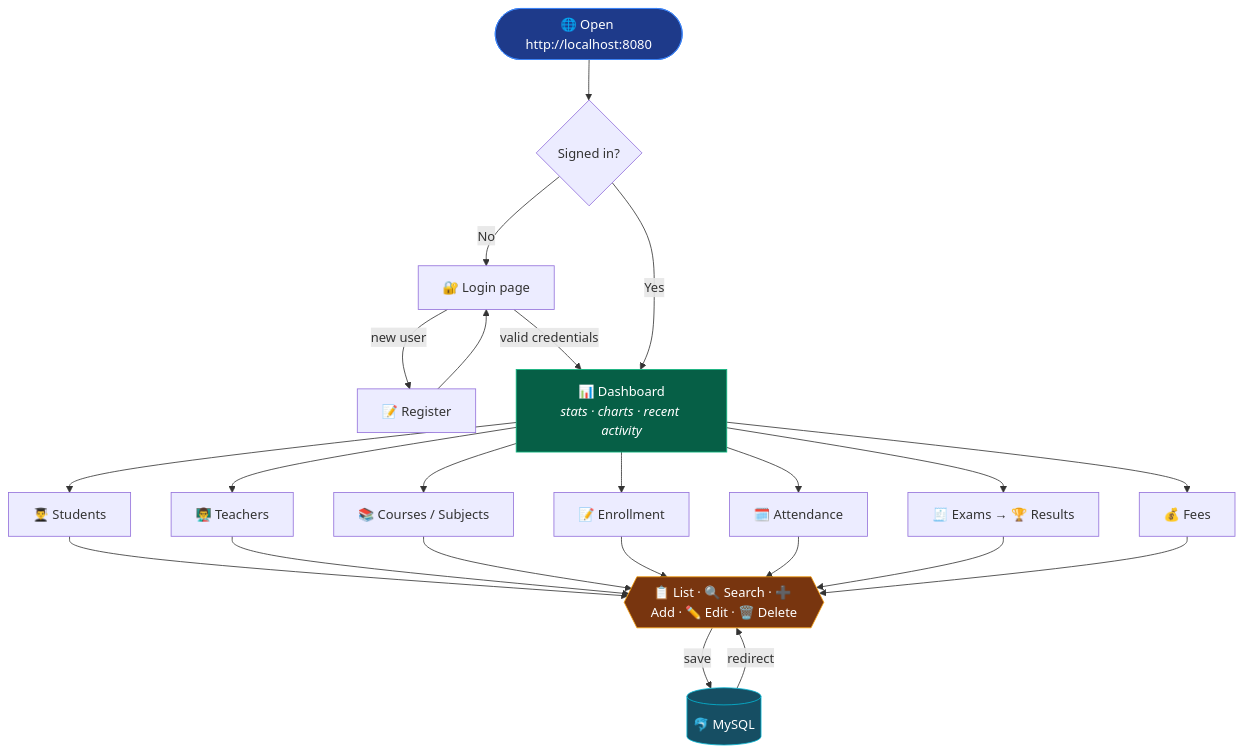
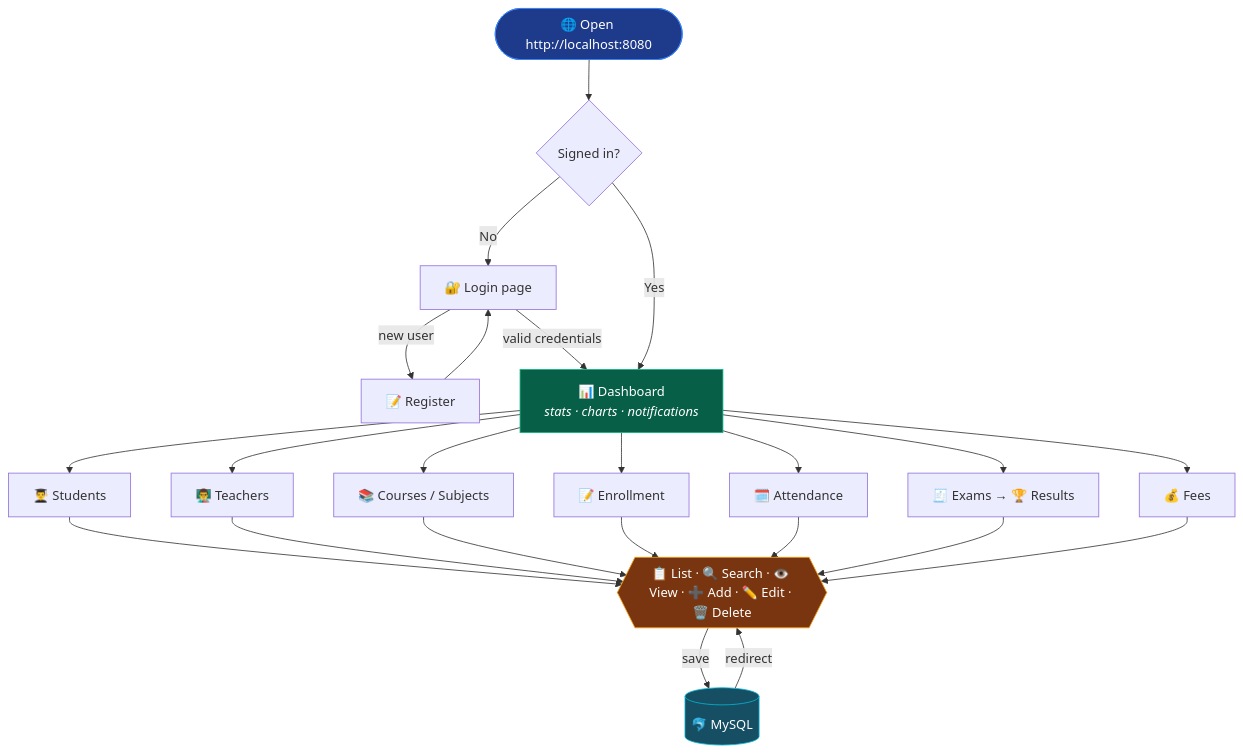
Before and after one commit to anurag-joshi-1403/StudentManagementSystem: the third of 7 diagrams in README.md, drawn with Mermaid. The commit also changed other lines of this file and 59 other files, not shown here.

First line of the commit message:
add stage F: notifications, activity log, PDFs, profile, user admin, tests and CI

````diff
--- a/README.md
+++ b/README.md
@@ -204,26 +235,26 @@
 ```mermaid
 flowchart TD
     A([🌐 Open http://localhost:8080]) --> B{Signed in?}
     B -- No --> C[🔐 Login page]
     C -->|new user| C2[📝 Register]
     C2 --> C
     C -->|valid credentials| D
-    B -- Yes --> D[📊 Dashboard<br/><i>stats · charts · recent activity</i>]
+    B -- Yes --> D[📊 Dashboard<br/><i>stats · charts · notifications</i>]
 
     D --> E[👨‍🎓 Students]
     D --> F[👨‍🏫 Teachers]
     D --> G[📚 Courses / Subjects]
     D --> H[📝 Enrollment]
     D --> I[🗓️ Attendance]
     D --> J[🧾 Exams → 🏆 Results]
     D --> K[💰 Fees]
 
-    E & F & G & H & I & J & K --> L{{"📋 List · 🔍 Search · ➕ Add · ✏️ Edit · 🗑️ Delete"}}
+    E & F & G & H & I & J & K --> L{{"📋 List · 🔍 Search · 👁️ View · ➕ Add · ✏️ Edit · 🗑️ Delete"}}
     L -->|save| M[(🐬 MySQL)]
     M -->|redirect| L
 
     style A fill:#1e3a8a,stroke:#3b82f6,color:#fff
     style D fill:#065f46,stroke:#10b981,color:#fff
     style L fill:#78350f,stroke:#f59e0b,color:#fff
     style M fill:#164e63,stroke:#06b6d4,color:#fff
 ```
````
